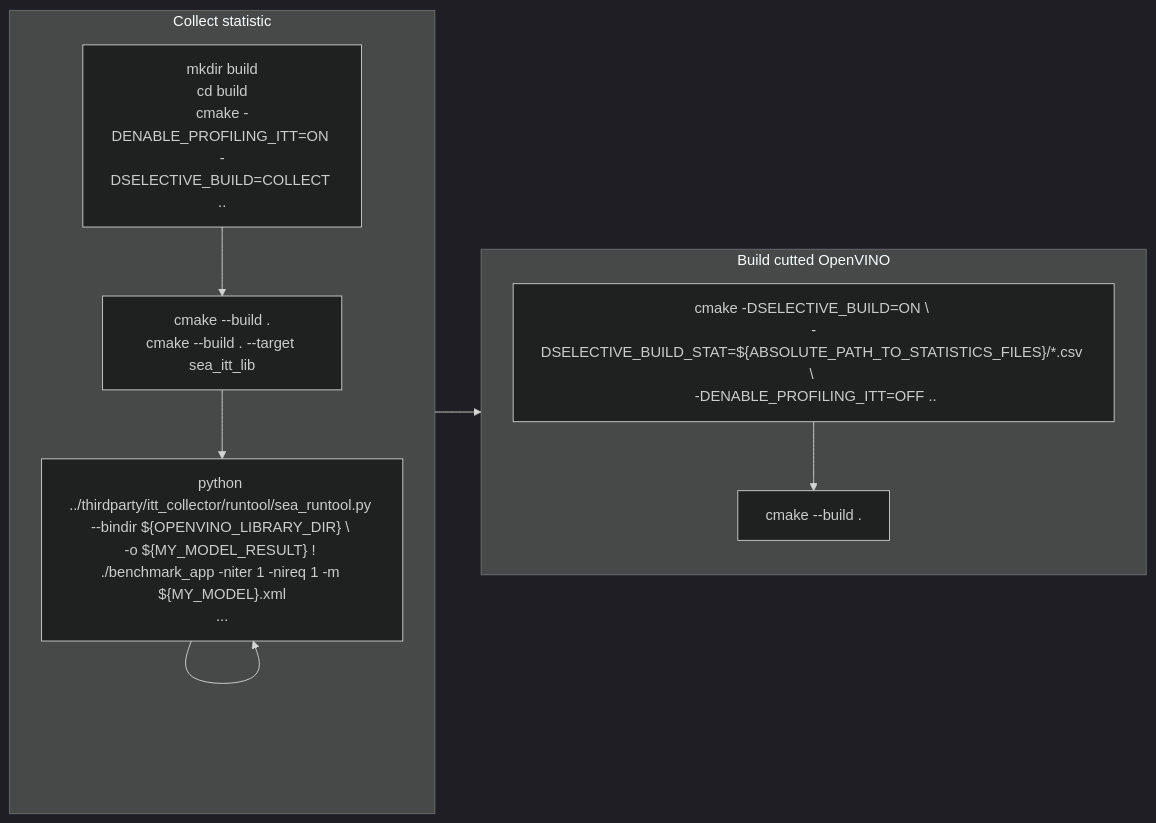
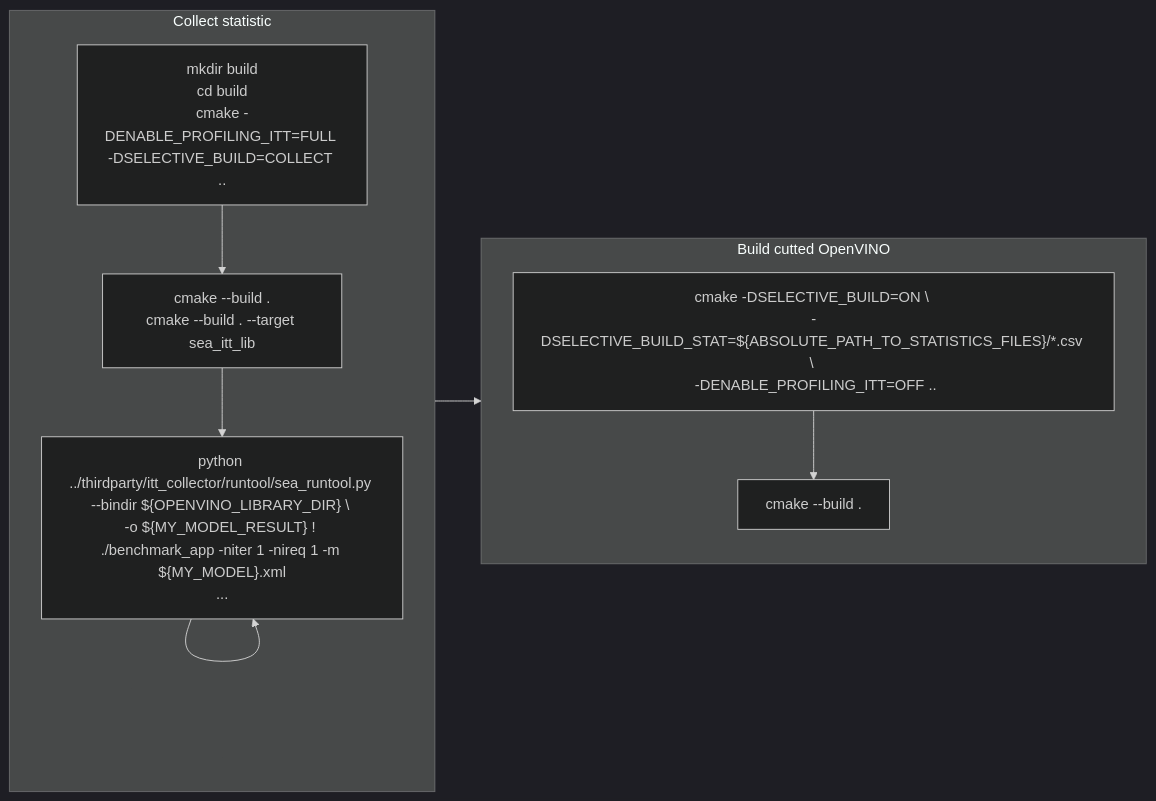
One commit to openvinotoolkit/openvino changed the diagram in docs/dev/conditional_compilation.md. Above: the diagram before and after it, drawn with Mermaid (dark theme). The commit also changed other lines of this file and 7 other files, not shown here.

````diff
--- a/docs/dev/conditional_compilation.md
+++ b/docs/dev/conditional_compilation.md
@@ -39,17 +39,17 @@
 ```mermaid
 flowchart LR
     subgraph collect[Collect statistic]
-    cmake_collect[mkdir build\ncd build\ncmake -DENABLE_PROFILING_ITT=ON -DSELECTIVE_BUILD=COLLECT ..]
+    cmake_collect[mkdir build\ncd build\ncmake -DENABLE_PROFILING_ITT=FULL -DSELECTIVE_BUILD=COLLECT ..]
     build_collect[cmake --build .\ncmake --build . --target sea_itt_lib]
     run_collect["python ../thirdparty/itt_collector/runtool/sea_runtool.py --bindir ${OPENVINO_LIBRARY_DIR} \ \n-o ${MY_MODEL_RESULT} ! ./benchmark_app -niter 1 -nireq 1 -m ${MY_MODEL}.xml\n..."]
     cmake_collect-->build_collect
     build_collect-->run_collect
     run_collect-->run_collect
     end
     subgraph result[Build cutted OpenVINO]
     cmake_res["cmake -DSELECTIVE_BUILD=ON \ \n-DSELECTIVE_BUILD_STAT=${ABSOLUTE_PATH_TO_STATISTICS_FILES}/*.csv \ \n -DENABLE_PROFILING_ITT=OFF .."]
     build_res[cmake --build .]
     cmake_res-->build_res
     end
     collect --> result
 ```
````
